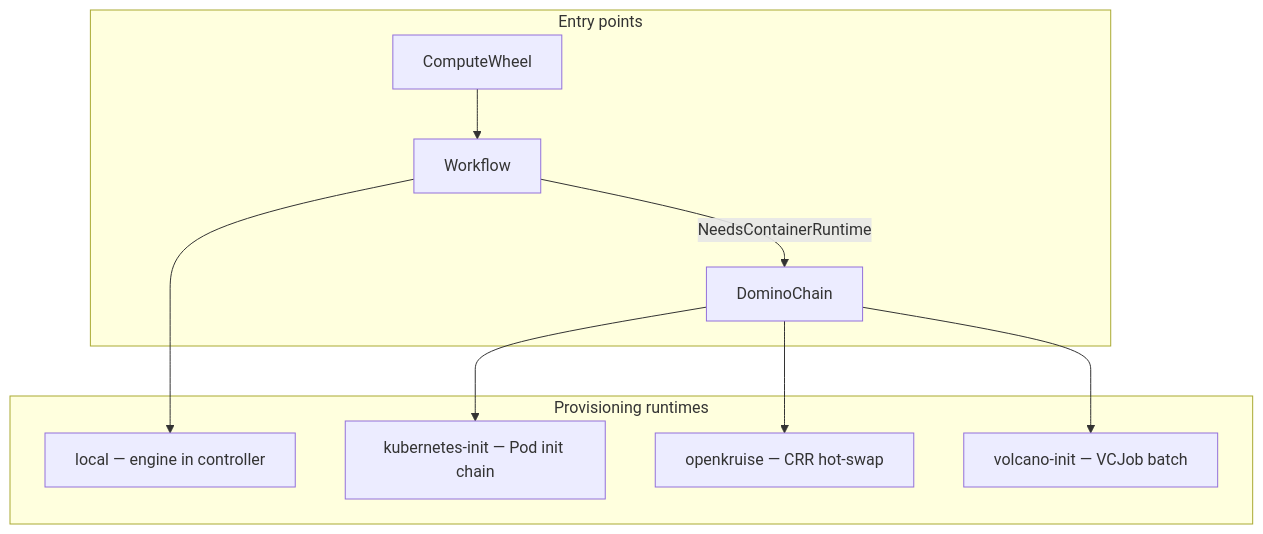
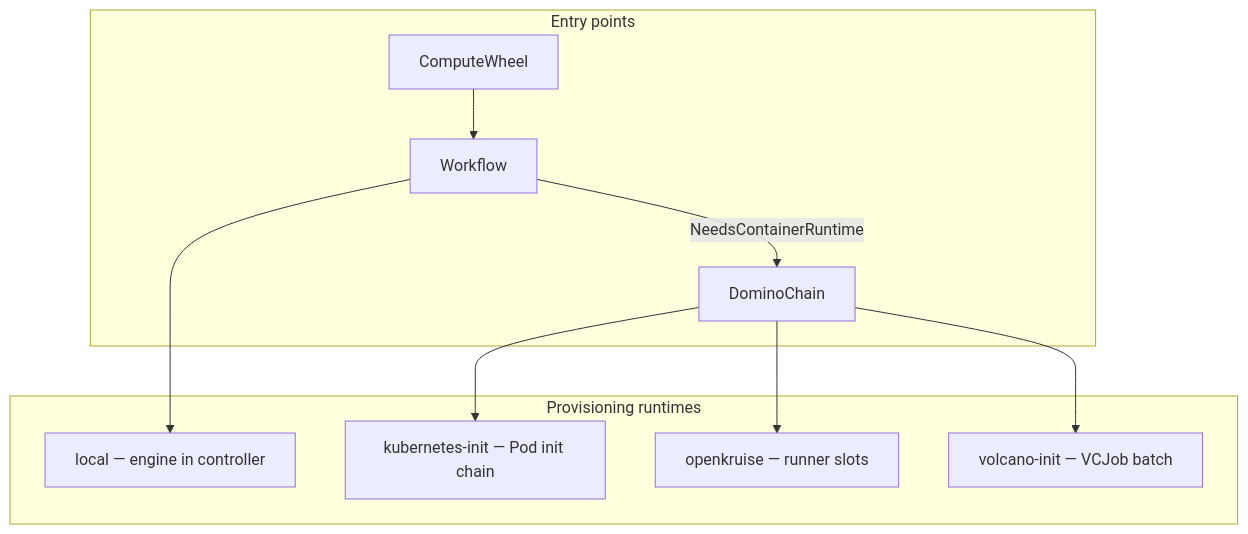
Before and after one commit to jmjava/uber-lang-of-compute: the diagram in docs/provisioning-runtimes.md, drawn with Mermaid. The commit also changed other lines of this file and 33 other files, not shown here.

````diff
--- a/docs/provisioning-runtimes.md
+++ b/docs/provisioning-runtimes.md
@@ -9,22 +9,22 @@
 ```mermaid
 flowchart TB
   subgraph triggers [Entry points]
     WF[Workflow]
     DC[DominoChain]
     CW[ComputeWheel]
   end
 
   subgraph runtimes [Provisioning runtimes]
     LOCAL[local — engine in controller]
     INIT[kubernetes-init — Pod init chain]
-    OK[openkruise — CRR hot-swap]
+    OK[openkruise — runner slots]
     VOL[volcano-init — VCJob batch]
   end
 
   CW --> WF
   WF -->|NeedsContainerRuntime| DC
   DC --> INIT
   DC --> OK
   DC --> VOL
   WF --> LOCAL
 ```
````
